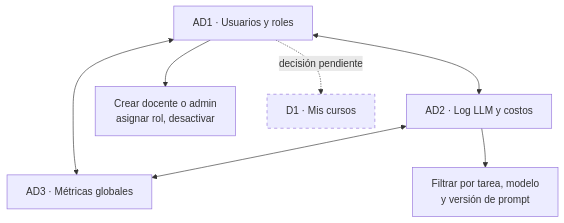
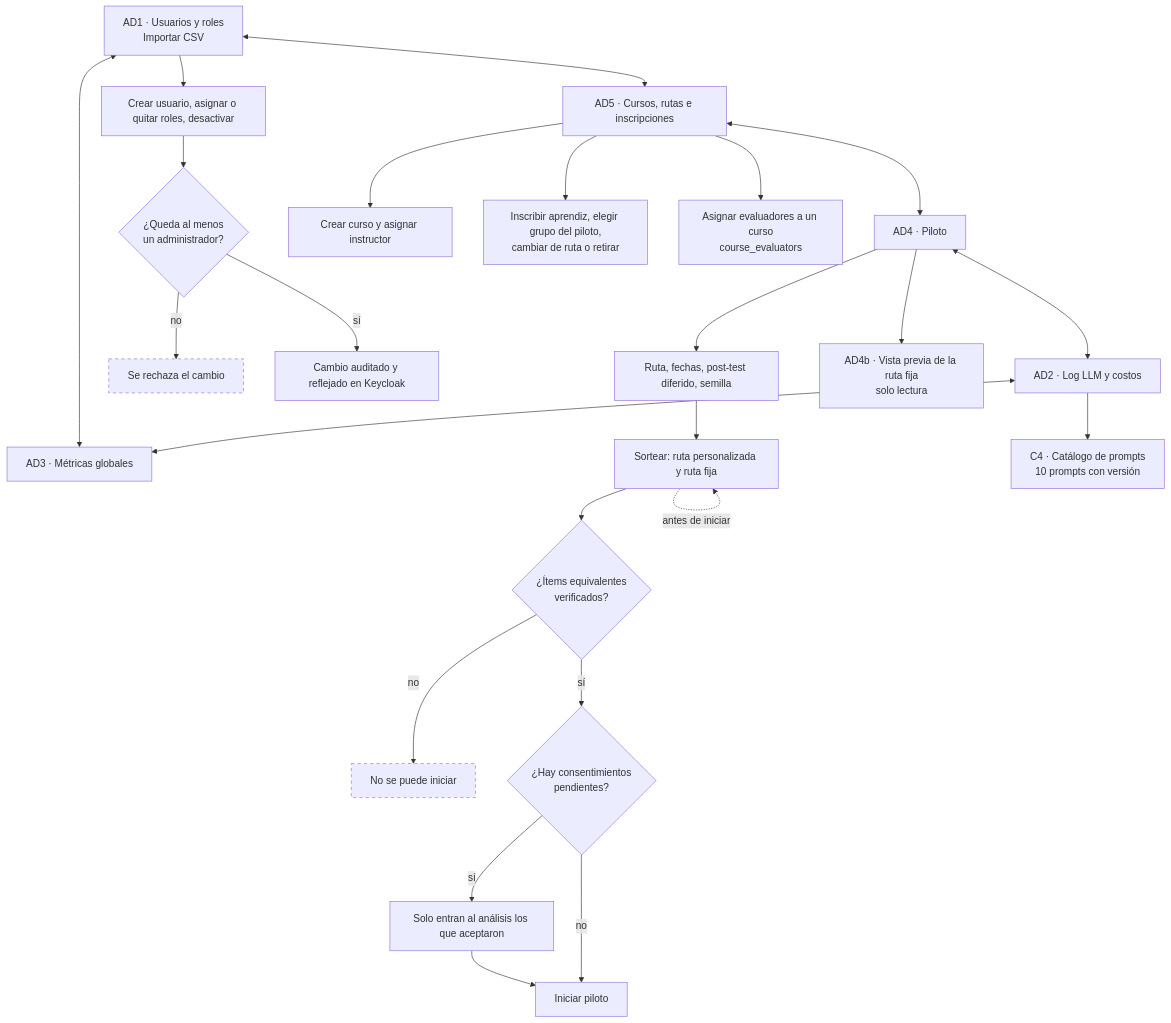
The fourth of 4 diagrams in design/01-flujo-y-casos-de-uso/flujos.md (armandoordonez/smartmentor), drawn with Mermaid before and after one commit. The commit also changed other lines of this file and 4 other files, not shown here.

````diff
--- a/design/01-flujo-y-casos-de-uso/flujos.md
+++ b/design/01-flujo-y-casos-de-uso/flujos.md
@@ -81,11 +163,28 @@
 ```mermaid
 flowchart TD
-    AD1["AD1 · Usuarios y roles"] <--> AD2["AD2 · Log LLM y costos"]
+    AD1["AD1 · Usuarios y roles<br/>Importar CSV"] <--> AD5["AD5 · Cursos, rutas e inscripciones"]
+    AD5 <--> AD4["AD4 · Piloto"]
+    AD4 <--> AD2["AD2 · Log LLM y costos"]
     AD2 <--> AD3["AD3 · Métricas globales"]
     AD3 <--> AD1
-    AD1 --> NU["Crear docente o admin<br/>asignar rol, desactivar"]
-    AD2 --> FIL["Filtrar por tarea, modelo<br/>y versión de prompt"]
-    AD1 -. "decisión pendiente" .-> D1["D1 · Mis cursos"]:::falta
+    AD1 --> NU["Crear usuario, asignar o quitar roles, desactivar"]
+    NU --> ULT{"¿Queda al menos<br/>un administrador?"}
+    ULT -- no --> BLOQ["Se rechaza el cambio"]:::nuevo
+    ULT -- sí --> OK["Cambio auditado y reflejado en Keycloak"]
+    AD5 --> CC["Crear curso y asignar instructor"]
+    AD5 --> INS["Inscribir aprendiz, elegir grupo del piloto,<br/>cambiar de ruta o retirar"]
+    AD5 --> EV["Asignar evaluadores a un curso<br/>course_evaluators"]
+    AD4 --> CFG["Ruta, fechas, post-test diferido, semilla"]
+    CFG --> SOR["Sortear: ruta personalizada y ruta fija"]
+    SOR --> EQ{"¿Ítems equivalentes<br/>verificados?"}
+    EQ -- no --> REV["No se puede iniciar"]:::nuevo
+    EQ -- sí --> CON{"¿Hay consentimientos<br/>pendientes?"}
+    CON -- sí --> AVI["Solo entran al análisis los que aceptaron"]
+    CON -- no --> INI
+    AVI --> INI["Iniciar piloto"]
+    SOR -. "antes de iniciar" .-> SOR
+    AD4 --> AD4b["AD4b · Vista previa de la ruta fija<br/>solo lectura"]
+    AD2 --> C4["C4 · Catálogo de prompts<br/>10 prompts con versión"]
 
-    classDef falta stroke-dasharray: 5 5
+    classDef nuevo stroke-dasharray: 5 5
 ```
````
